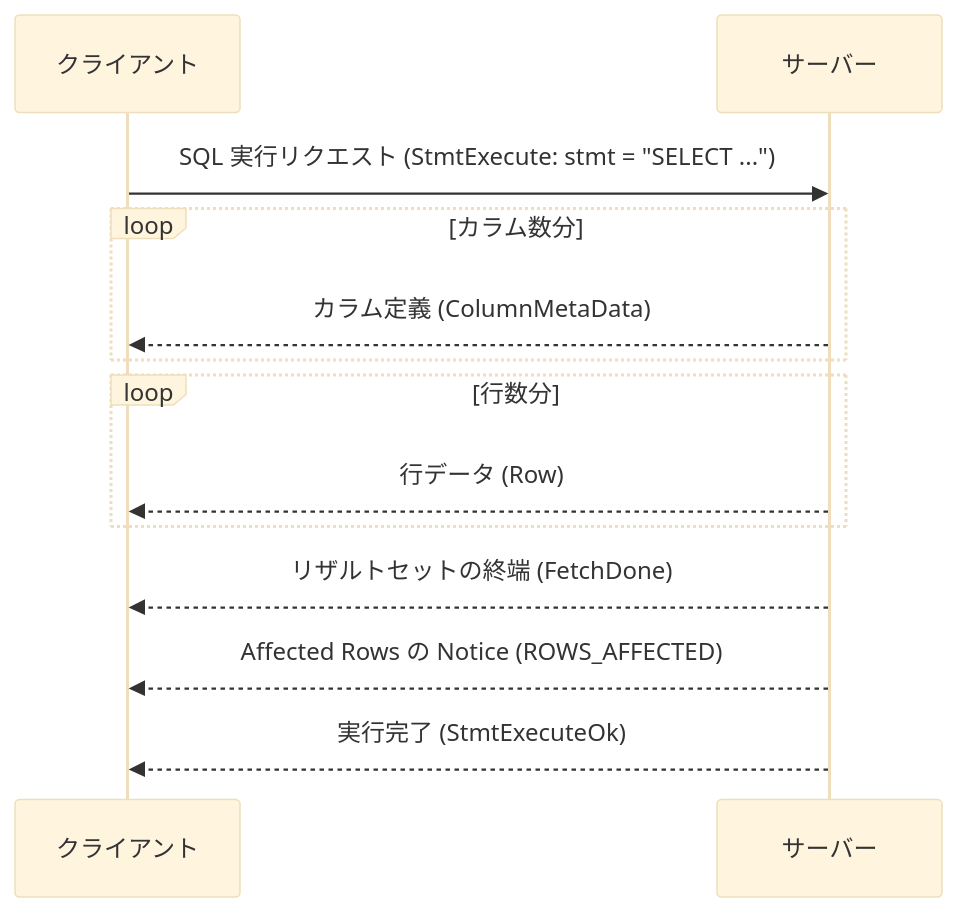
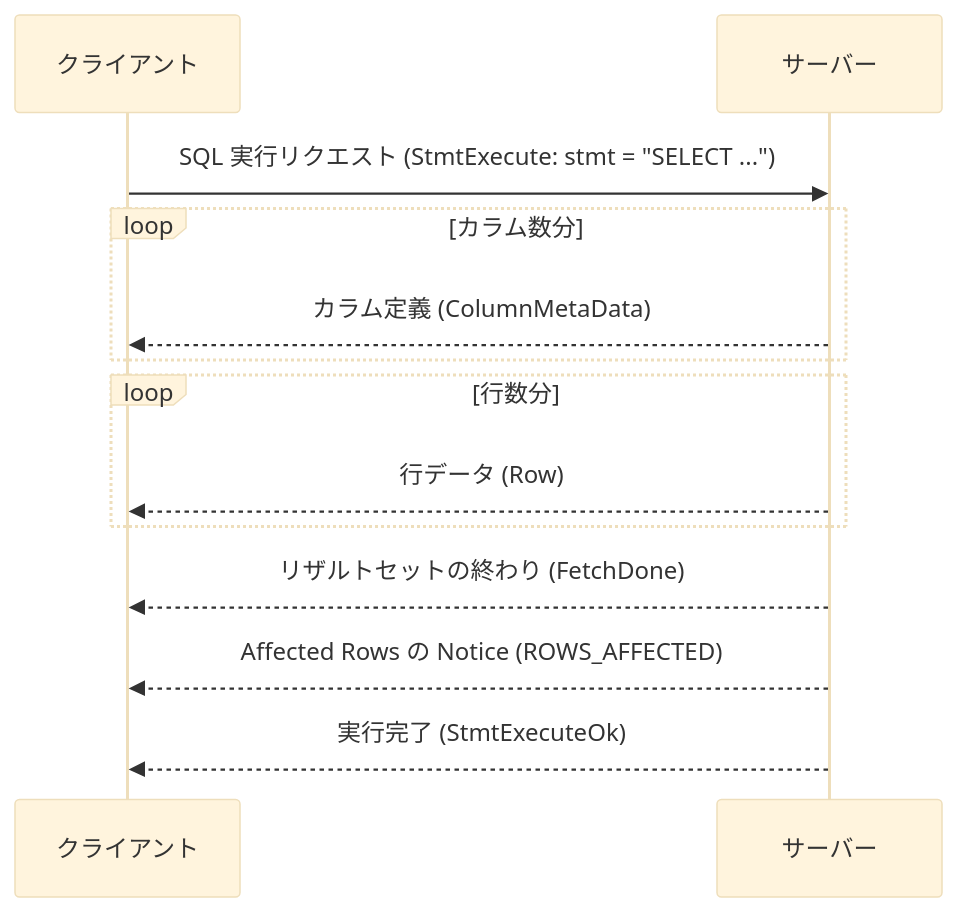
One commit to ren-yamanashi/minesql changed the second of 2 diagrams in docs/specification/protocol/communication_flow.md. Above: the diagram before and after it, drawn with Mermaid (base theme). The commit also changed other lines of this file and 3 other files, not shown here.

````diff
--- a/docs/specification/protocol/communication_flow.md
+++ b/docs/specification/protocol/communication_flow.md
@@ -98,15 +98,15 @@
 ```mermaid
 sequenceDiagram
     participant C as クライアント
     participant S as サーバー
     C->>S: SQL 実行リクエスト (StmtExecute: stmt = "SELECT ...")
     loop カラム数分
         S-->>C: カラム定義 (ColumnMetaData)
     end
     loop 行数分
         S-->>C: 行データ (Row)
     end
-    S-->>C: リザルトセットの終端 (FetchDone)
+    S-->>C: リザルトセットの終わり (FetchDone)
     S-->>C: Affected Rows の Notice (ROWS_AFFECTED)
     S-->>C: 実行完了 (StmtExecuteOk)
 ```
````
